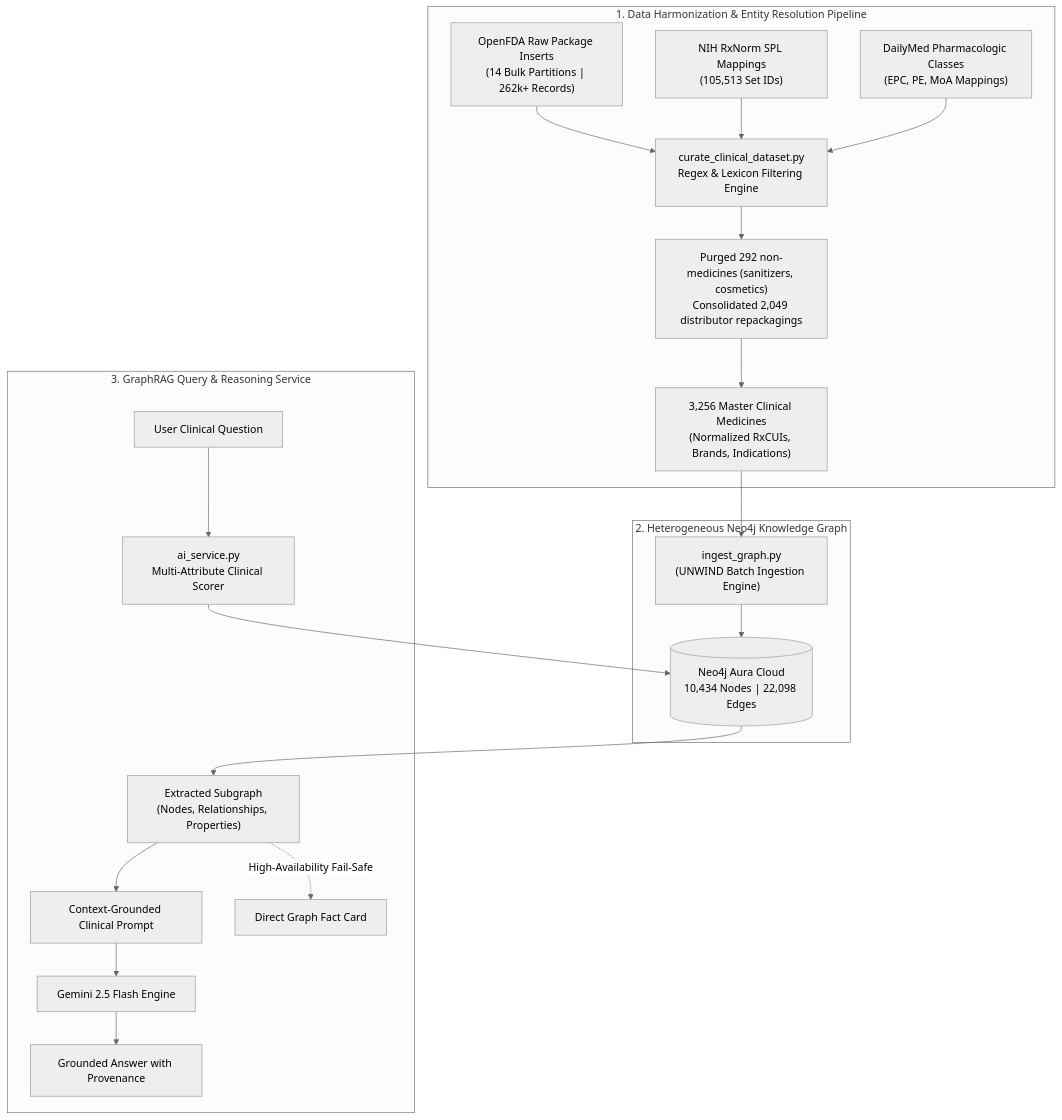
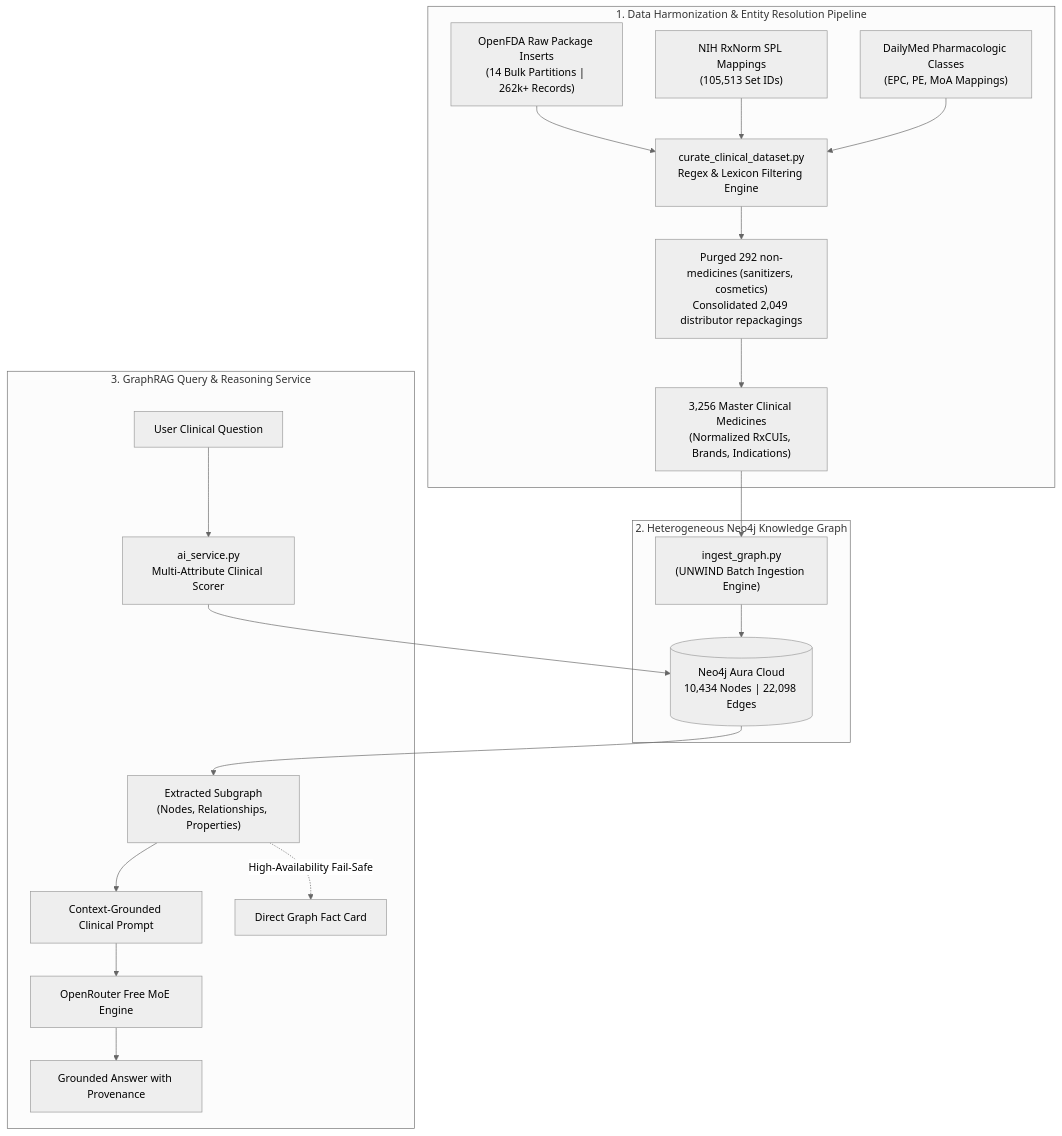
One commit to slyvarun/medgraph-ai-service changed the second of 3 diagrams in docs/EXPERT_AIML_PROJECT_OVERVIEW.md. Above: the diagram before and after it, drawn with Mermaid (neutral theme). The commit also changed other lines of this file and 5 other files, not shown here.

Commit message:
refactor(llm): completely remove Google Gemini dependencies and enforce OpenRouter free MoE tier

````diff
--- a/docs/EXPERT_AIML_PROJECT_OVERVIEW.md
+++ b/docs/EXPERT_AIML_PROJECT_OVERVIEW.md
@@ -71,25 +71,25 @@
 ```mermaid
 flowchart TD
     subgraph S1["1. Data Harmonization & Entity Resolution Pipeline"]
         FDA["OpenFDA Raw Package Inserts<br/>(14 Bulk Partitions | 262k+ Records)"] --> Curate["curate_clinical_dataset.py<br/>Regex & Lexicon Filtering Engine"]
         RxNorm["NIH RxNorm SPL Mappings<br/>(105,513 Set IDs)"] --> Curate
         DMed["DailyMed Pharmacologic Classes<br/>(EPC, PE, MoA Mappings)"] --> Curate
         Curate --> Clean["Purged 292 non-medicines (sanitizers, cosmetics)<br/>Consolidated 2,049 distributor repackagings"]
         Clean --> Master["3,256 Master Clinical Medicines<br/>(Normalized RxCUIs, Brands, Indications)"]
     end
 
     subgraph S2["2. Heterogeneous Neo4j Knowledge Graph"]
         Master --> Ingest["ingest_graph.py<br/>(UNWIND Batch Ingestion Engine)"]
         Ingest --> Graph[("Neo4j Aura Cloud<br/>10,434 Nodes | 22,098 Edges")]
     end
 
     subgraph S3["3. GraphRAG Query & Reasoning Service"]
         Query["User Clinical Question"] --> Extractor["ai_service.py<br/>Multi-Attribute Clinical Scorer"]
         Extractor --> Graph
         Graph --> Subgraph["Extracted Subgraph<br/>(Nodes, Relationships, Properties)"]
         Subgraph --> Prompt["Context-Grounded Clinical Prompt"]
-        Prompt --> LLM["Gemini 2.5 Flash Engine"]
+        Prompt --> LLM["OpenRouter Free MoE Engine"]
         LLM --> Response["Grounded Answer with Provenance"]
         Subgraph -.->|"High-Availability Fail-Safe"| Fallback["Direct Graph Fact Card"]
     end
 ```
````
